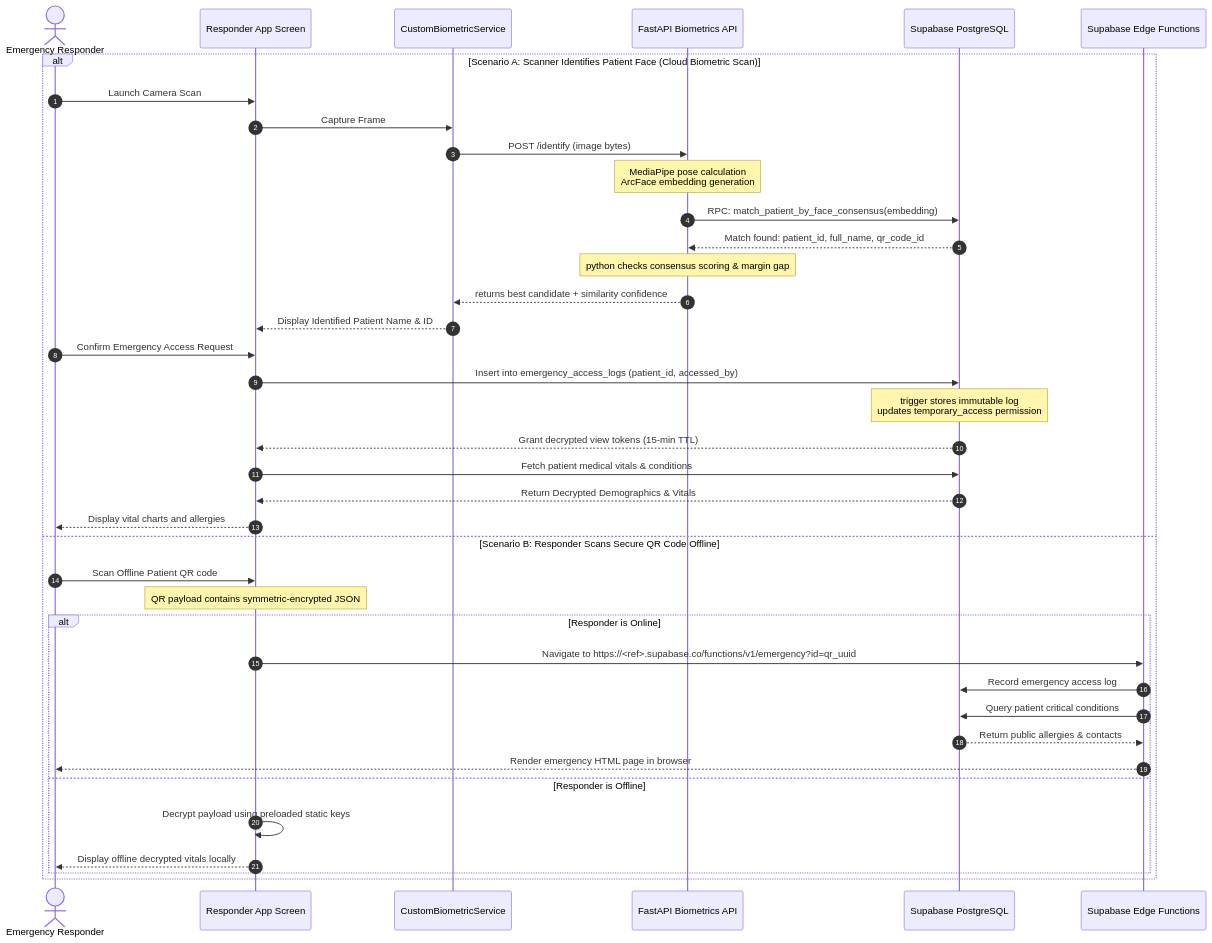
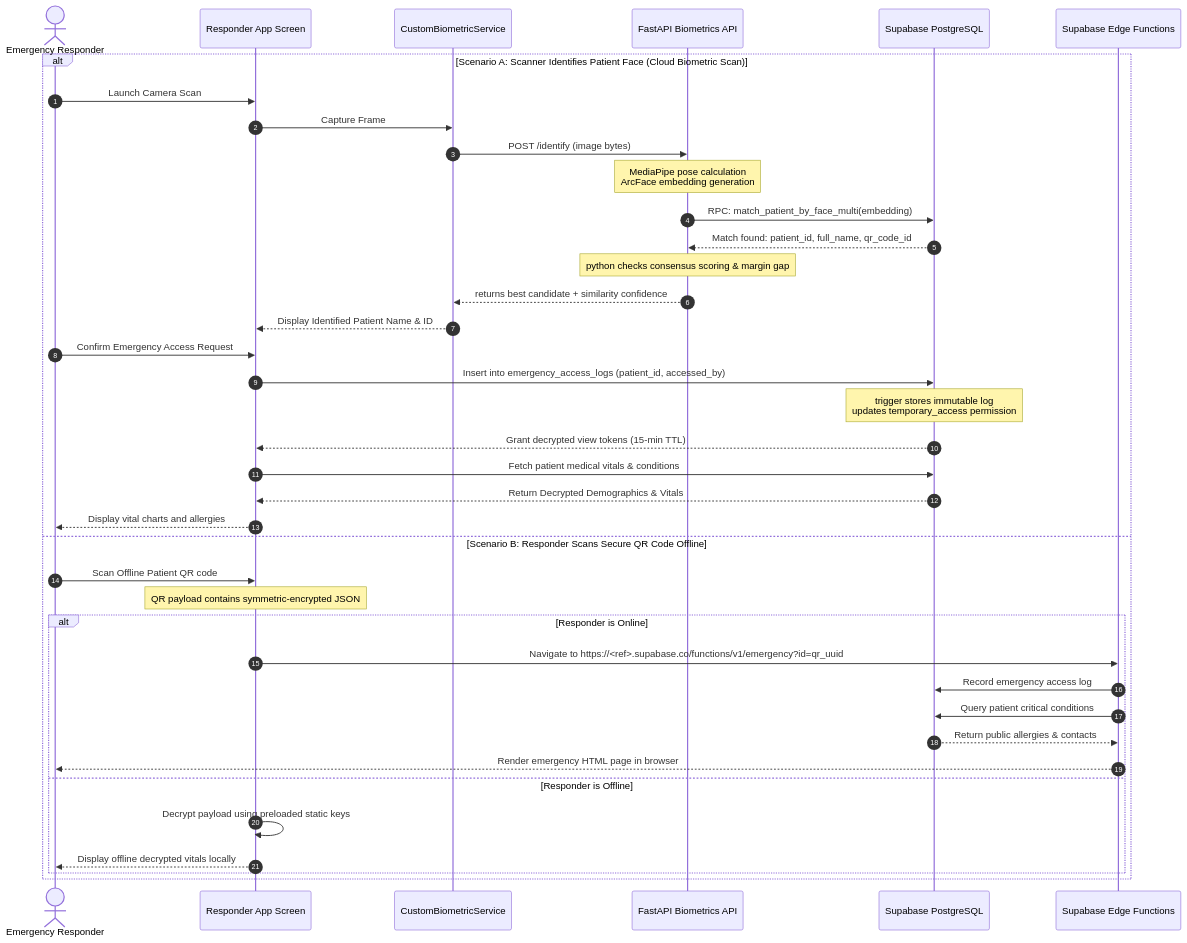
Before and after one commit to ankurrera/CareSyncMain: the second of 4 diagrams in docs/SYSTEM_ARCHITECTURE.md, drawn with Mermaid. The commit also changed other lines of this file and 226 other files, not shown here.

````diff
--- a/docs/SYSTEM_ARCHITECTURE.md
+++ b/docs/SYSTEM_ARCHITECTURE.md
@@ -63,42 +63,42 @@
 ```mermaid
 sequenceDiagram
     autonumber
     actor Responder as Emergency Responder
     participant App as Responder App Screen
     participant CustomBio as CustomBiometricService
     participant BioAPI as FastAPI Biometrics API
     participant DB as Supabase PostgreSQL
     participant EF as Supabase Edge Functions
 
     alt Scenario A: Scanner Identifies Patient Face (Cloud Biometric Scan)
         Responder->>App: Launch Camera Scan
         App->>CustomBio: Capture Frame
         CustomBio->>BioAPI: POST /identify (image bytes)
         Note over BioAPI: MediaPipe pose calculation<br/>ArcFace embedding generation
-        BioAPI->>DB: RPC: match_patient_by_face_consensus(embedding)
+        BioAPI->>DB: RPC: match_patient_by_face_multi(embedding)
         DB-->>BioAPI: Match found: patient_id, full_name, qr_code_id
         Note over BioAPI: python checks consensus scoring & margin gap
         BioAPI-->>CustomBio: returns best candidate + similarity confidence
         CustomBio-->>App: Display Identified Patient Name & ID
         Responder->>App: Confirm Emergency Access Request
         App->>DB: Insert into emergency_access_logs (patient_id, accessed_by)
         Note over DB: trigger stores immutable log<br/>updates temporary_access permission
         DB-->>App: Grant decrypted view tokens (15-min TTL)
         App->>DB: Fetch patient medical vitals & conditions
         DB-->>App: Return Decrypted Demographics & Vitals
         App-->>Responder: Display vital charts and allergies
     else Scenario B: Responder Scans Secure QR Code Offline
         Responder->>App: Scan Offline Patient QR code
         Note over App: QR payload contains symmetric-encrypted JSON
         alt Responder is Online
             App->>EF: Navigate to https://<ref>.supabase.co/functions/v1/emergency?id=qr_uuid
             EF->>DB: Record emergency access log
             EF->>DB: Query patient critical conditions
             DB-->>EF: Return public allergies & contacts
             EF-->>Responder: Render emergency HTML page in browser
         else Responder is Offline
             App->>App: Decrypt payload using preloaded static keys
             App-->>Responder: Display offline decrypted vitals locally
         end
     end
 ```
````
